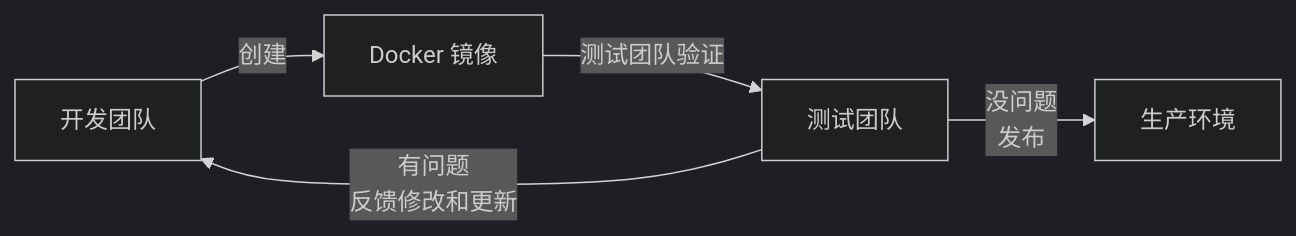
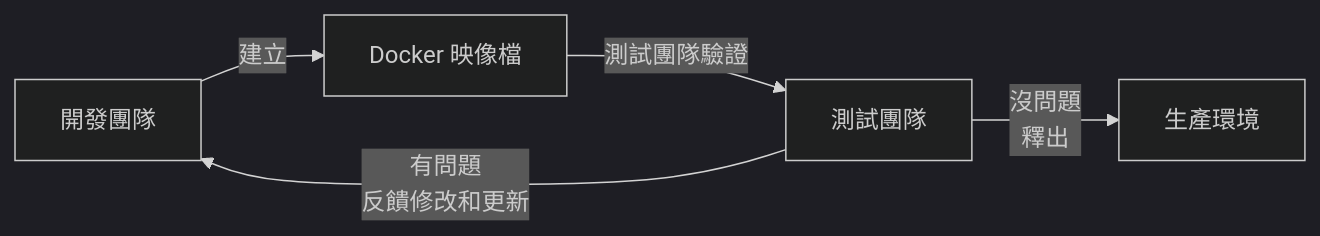
One commit to alexkuoecity/docker-practice-master-zh-tw changed the first of 4 diagrams in 01_introduction/1.3_why.md. Above: the diagram before and after it, drawn with Mermaid (dark theme). The commit also changed other lines of this file and 200 other files, not shown here.

````diff
--- a/01_introduction/1.3_why.md
+++ b/01_introduction/1.3_why.md
@@ -52,7 +52,7 @@
 ```mermaid
 flowchart LR
-    dev["开发团队"] -->|创建| img["Docker 镜像"]
-    img -->|测试团队验证| test["测试团队"]
-    test -- "有问题<br/>反馈修改和更新" --> dev
-    test -- "没问题<br/>发布" --> prod["生产环境"]
+    dev["開發團隊"] -->|建立| img["Docker 映像檔"]
+    img -->|測試團隊驗證| test["測試團隊"]
+    test -- "有問題<br/>反饋修改和更新" --> dev
+    test -- "沒問題<br/>釋出" --> prod["生產環境"]
 ```
````
